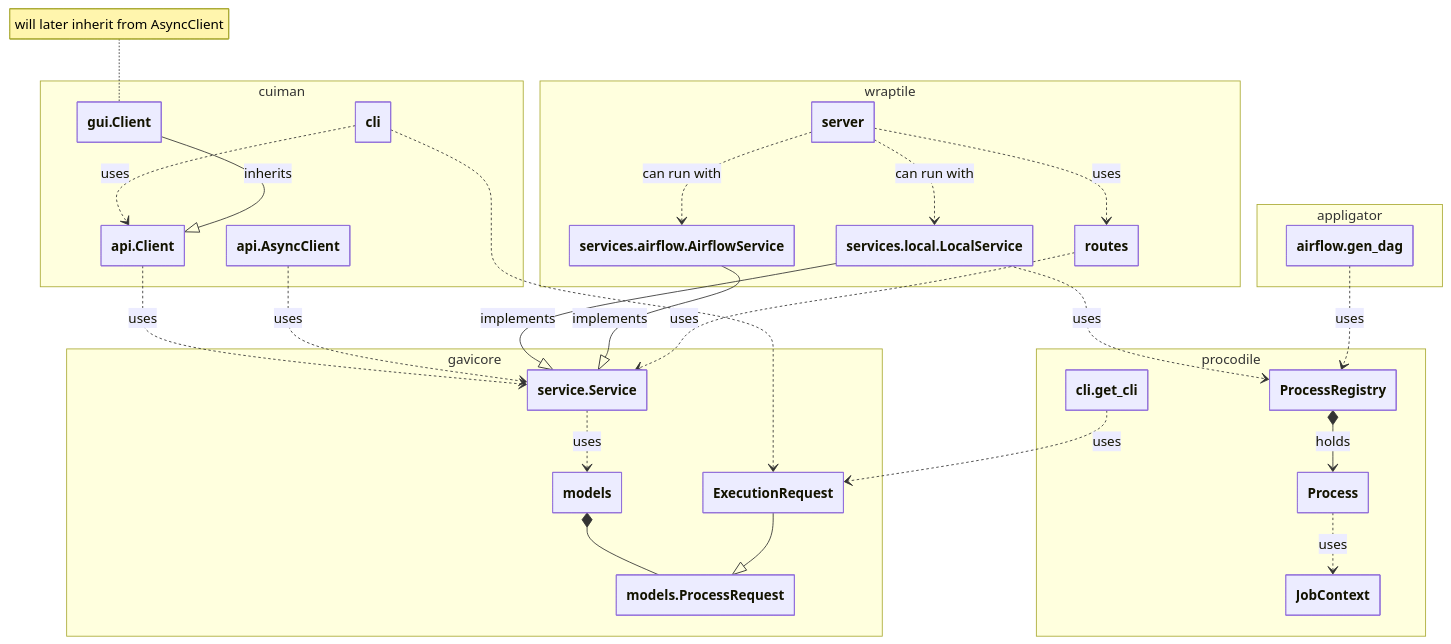
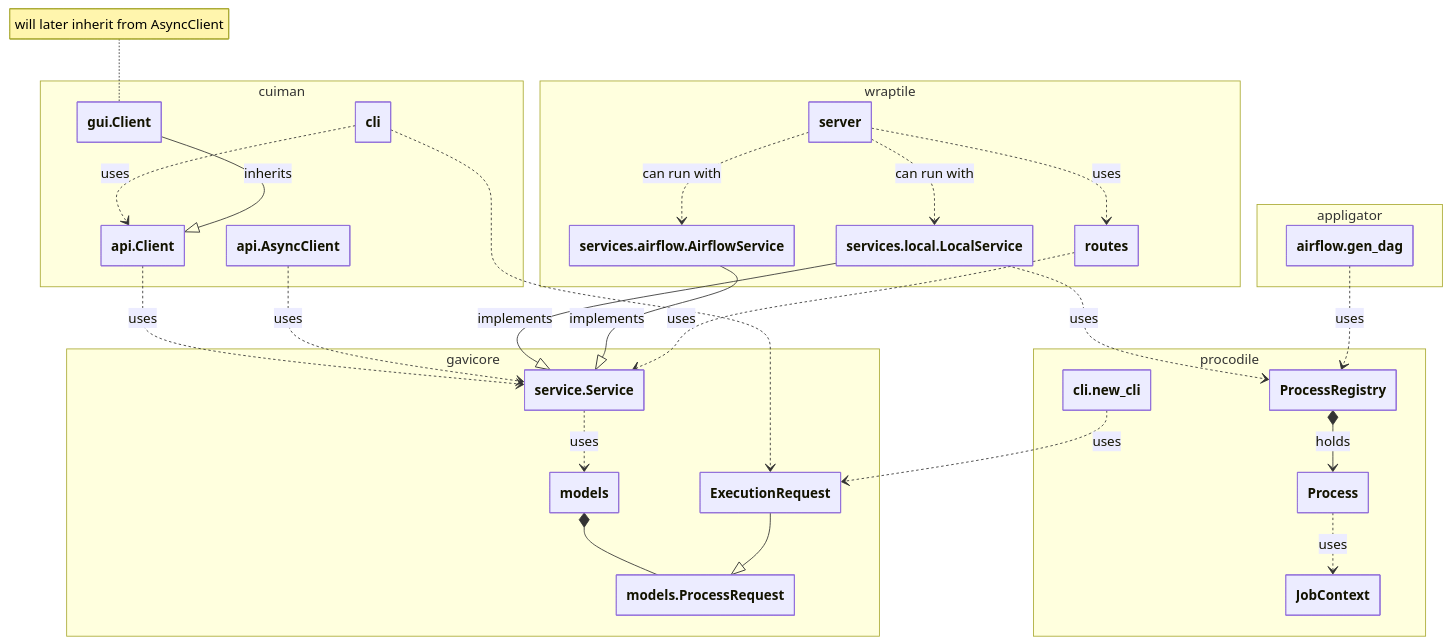
One commit to eo-tools/eozilla changed the second of 7 diagrams in docs/architecture.md. Above: the diagram before and after it, drawn with Mermaid. The commit also changed 14 other files, not shown here.

````diff
--- a/docs/architecture.md
+++ b/docs/architecture.md
@@ -40,60 +40,60 @@
 ```mermaid
 ---
 config:
     class:
         hideEmptyMembersBox: true
     theme: default
 ---
 classDiagram
     direction TD
     namespace cuiman {
         class api.AsyncClient
         class api.Client
         class gui.Client
         class cli
     }
     namespace gavicore {
         class models
         class service.Service
         class models.ProcessRequest
         class ExecutionRequest
     }
     namespace wraptile {
         class server
         class routes
         class services.local.LocalService
         class services.airflow.AirflowService
     }
     namespace procodile {
         class JobContext
         class Process
         class ProcessRegistry
-        class cli.get_cli
+        class cli.new_cli
     }
     namespace appligator {
         class airflow.gen_dag
     }
 
     cli ..> api.Client : uses
     cli ..> ExecutionRequest
     gui.Client --|> api.Client : inherits
     api.Client ..> service.Service : uses
     api.AsyncClient ..> service.Service : uses
     service.Service ..> models : uses
     services.local.LocalService --|> service.Service : implements
     services.airflow.AirflowService --|> service.Service : implements
     routes ..> service.Service : uses
     server ..> routes : uses
     server ..> services.local.LocalService : can run with
     server ..> services.airflow.AirflowService : can run with
     services.local.LocalService ..> ProcessRegistry : uses
     airflow.gen_dag ..> ProcessRegistry : uses
     ProcessRegistry *--> Process: holds
     Process ..> JobContext : uses
-    cli.get_cli ..> ExecutionRequest : uses
+    cli.new_cli ..> ExecutionRequest : uses
     models *-- models.ProcessRequest
     ExecutionRequest --|> models.ProcessRequest
     
     note for gui.Client "will later inherit from AsyncClient"
 
 ```
````
